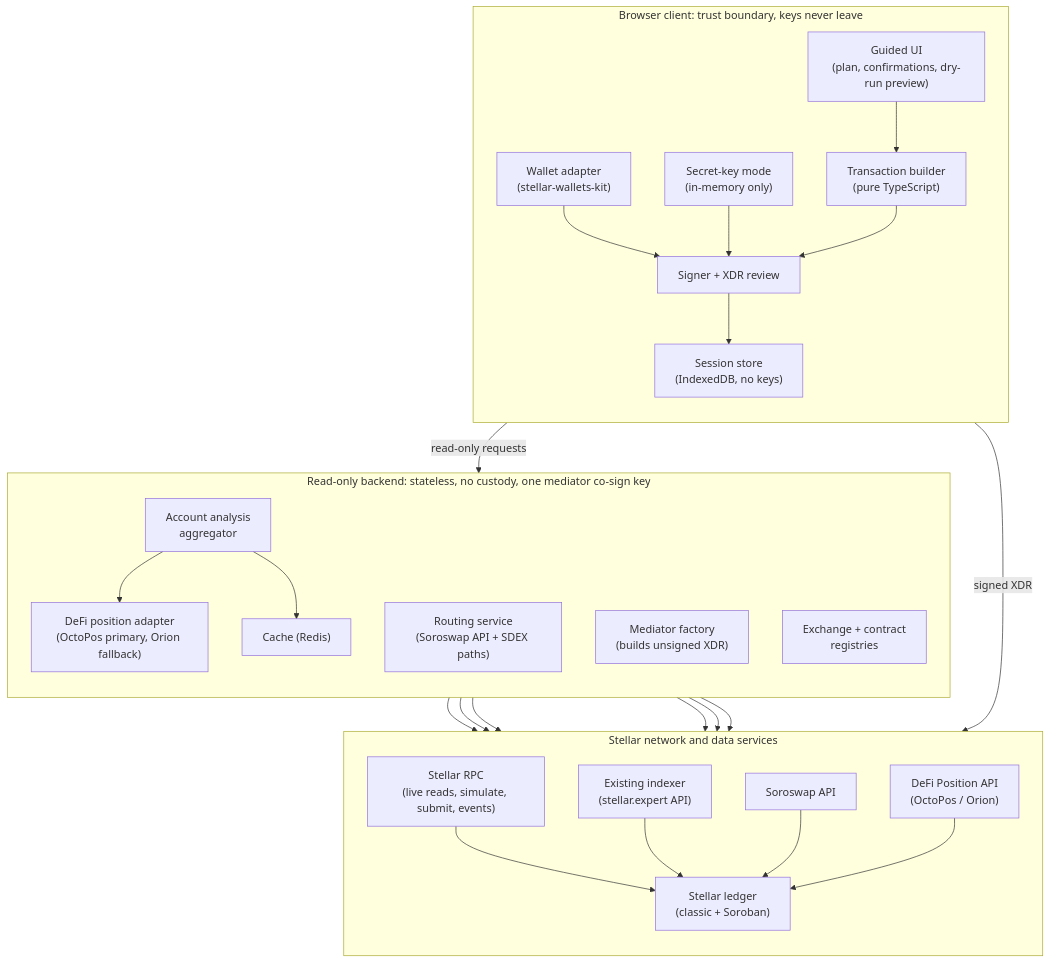
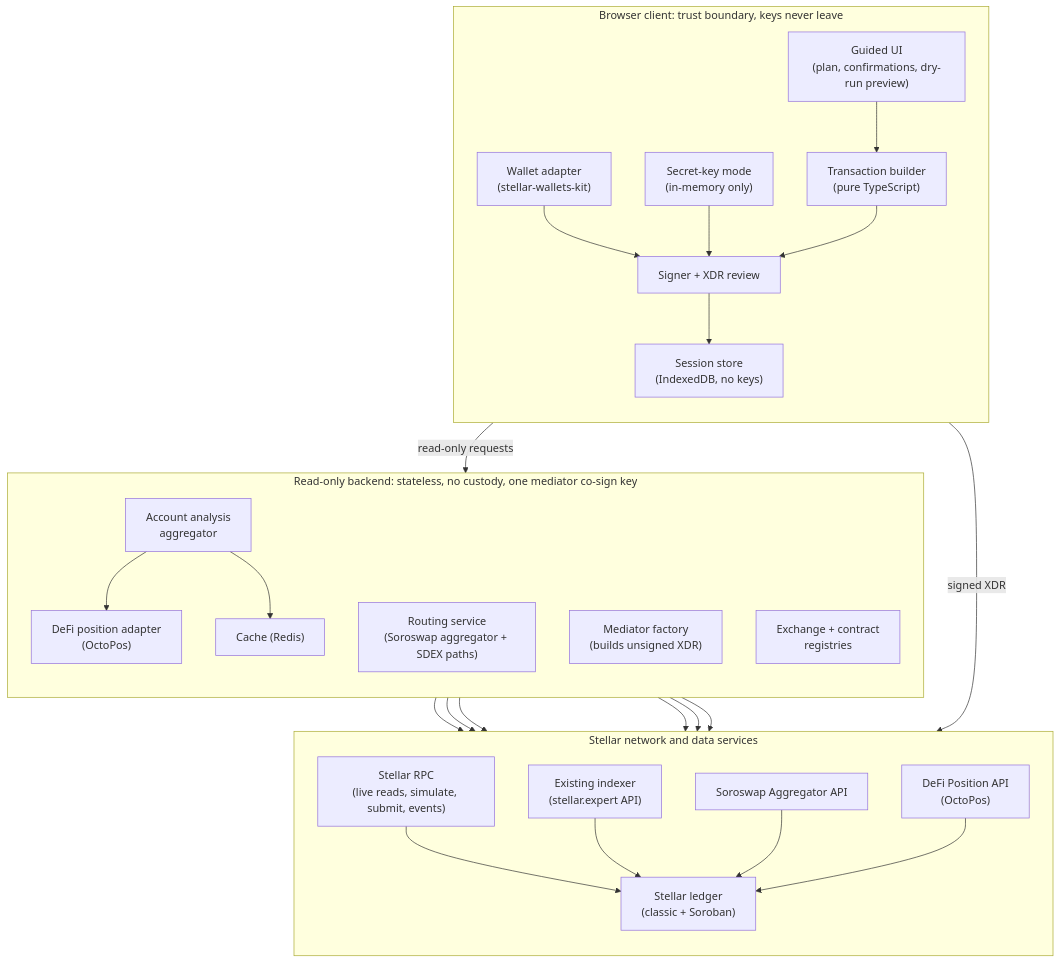
The first of 9 diagrams in docs/architecture.md (OscarGauss/lumenwipe), drawn with Mermaid before and after one commit. The commit also changed other lines of this file and 8 other files, not shown here.

````diff
--- a/docs/architecture.md
+++ b/docs/architecture.md
@@ -106,53 +106,53 @@
 ```mermaid
 flowchart TB
     subgraph client["Browser client: trust boundary, keys never leave"]
         direction TB
         ui["Guided UI<br/>(plan, confirmations, dry-run preview)"]
         wk["Wallet adapter<br/>(stellar-wallets-kit)"]
         sk["Secret-key mode<br/>(in-memory only)"]
         builder["Transaction builder<br/>(pure TypeScript)"]
         signer["Signer + XDR review"]
         sess["Session store<br/>(IndexedDB, no keys)"]
     end
 
     subgraph backend["Read-only backend: stateless, no custody, one mediator co-sign key"]
         direction TB
         analysis["Account analysis<br/>aggregator"]
-        defi["DeFi position adapter<br/>(OctoPos primary, Orion fallback)"]
-        route["Routing service<br/>(Soroswap API + SDEX paths)"]
+        defi["DeFi position adapter<br/>(OctoPos)"]
+        route["Routing service<br/>(Soroswap aggregator + SDEX paths)"]
         med["Mediator factory<br/>(builds unsigned XDR)"]
         reg["Exchange + contract<br/>registries"]
         cache["Cache (Redis)"]
     end
 
     subgraph data["Stellar network and data services"]
         direction TB
         rpc["Stellar RPC<br/>(live reads, simulate, submit, events)"]
         idx["Existing indexer<br/>(stellar.expert API)"]
-        soro["Soroswap API"]
-        pos["DeFi Position API<br/>(OctoPos / Orion)"]
+        soro["Soroswap Aggregator API"]
+        pos["DeFi Position API<br/>(OctoPos)"]
         net["Stellar ledger<br/>(classic + Soroban)"]
     end
 
     ui --> builder
     wk --> signer
     sk --> signer
     builder --> signer
     signer -->|"signed XDR"| rpc
     signer --> sess
 
     ui -->|"read-only requests"| analysis
     analysis --> idx
     analysis --> rpc
     analysis --> defi
     defi --> pos
     route --> soro
     route --> idx
     med --> rpc
     analysis --> cache
 
     rpc --> net
     idx --> net
     soro --> net
     pos --> net
 ```
````
